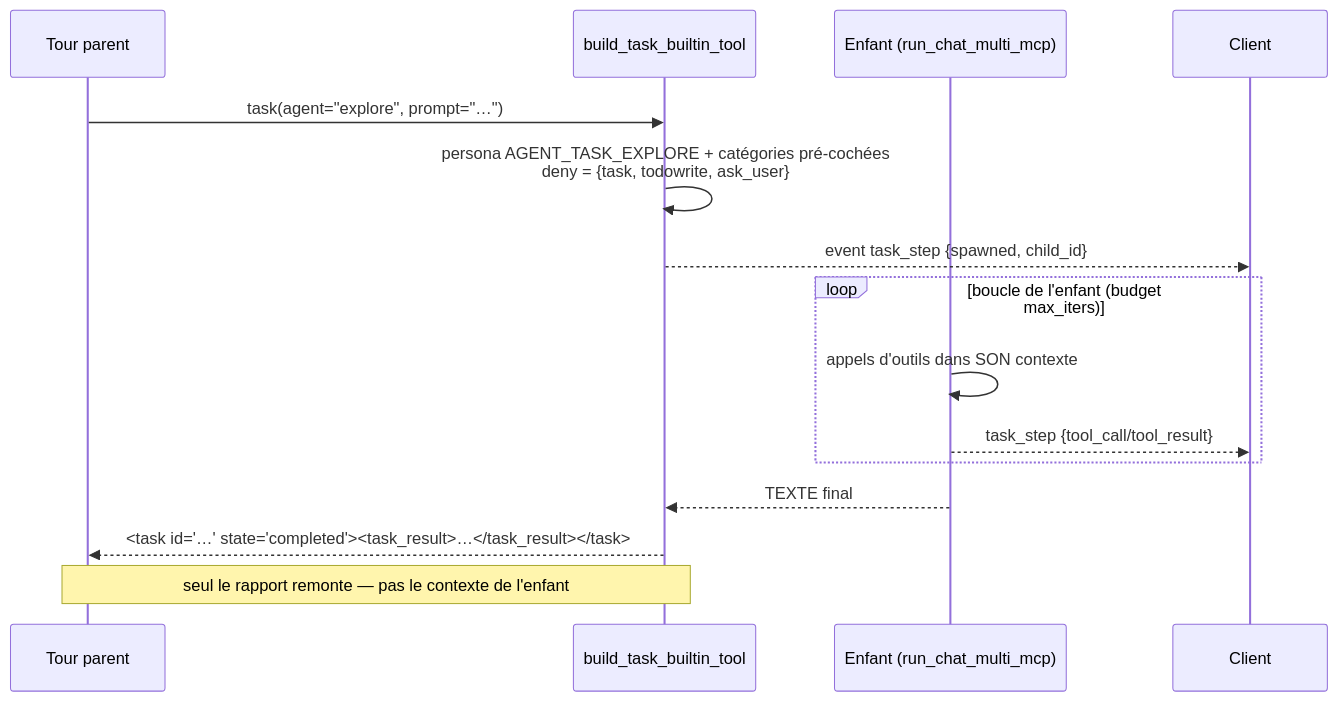
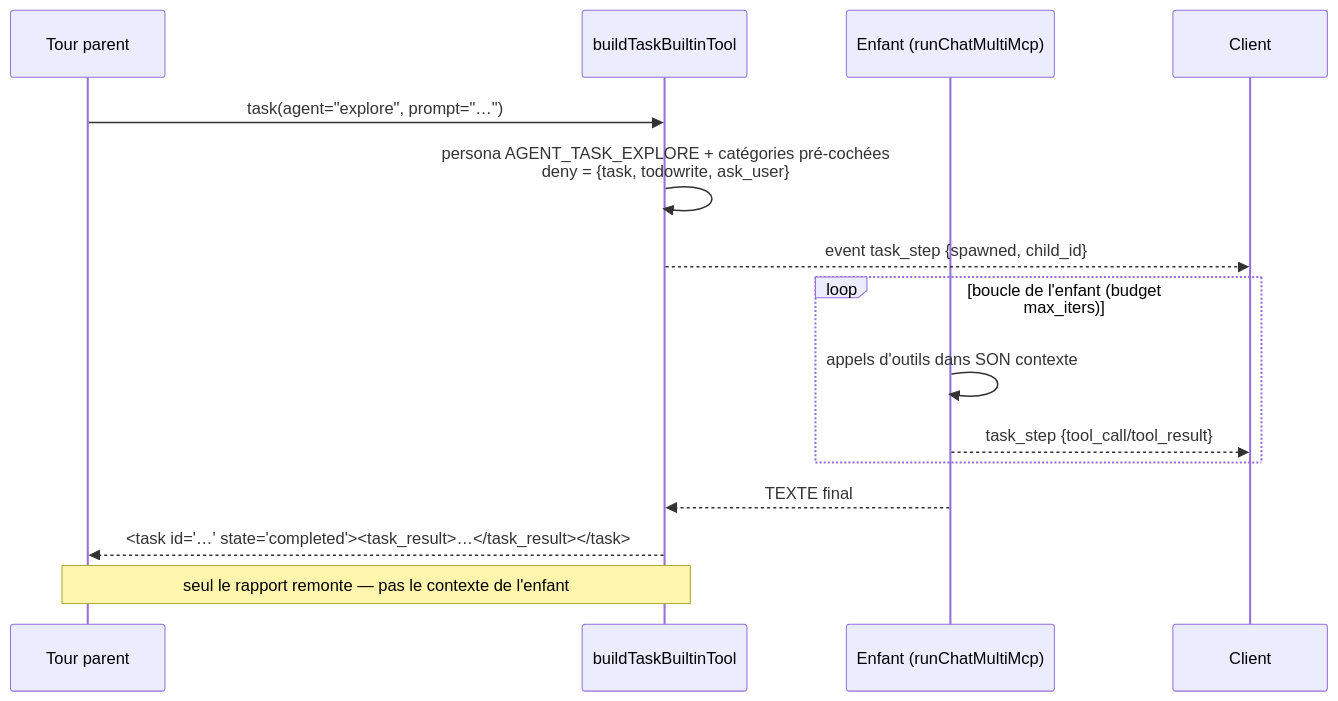
Diagram 12 of 16 in docs/architecture.md (toto-fou/Elpis), drawn with Mermaid before and after one commit. The commit also changed other lines of this file and 2475 other files, not shown here.

````diff
--- a/docs/architecture.md
+++ b/docs/architecture.md
@@ -1159,17 +1271,17 @@
 ```mermaid
 sequenceDiagram
     participant P as Tour parent
-    participant T as build_task_builtin_tool
-    participant E as Enfant (run_chat_multi_mcp)
+    participant T as buildTaskBuiltinTool
+    participant E as Enfant (runChatMultiMcp)
     participant C as Client
     P->>T: task(agent="explore", prompt="…")
     T->>T: persona AGENT_TASK_EXPLORE + catégories pré-cochées<br/>deny = {task, todowrite, ask_user}
     T-->>C: event task_step {spawned, child_id}
     loop boucle de l'enfant (budget max_iters)
         E->>E: appels d'outils dans SON contexte
         E-->>C: task_step {tool_call/tool_result}
     end
     E-->>T: TEXTE final
     T-->>P: <task id="…" state="completed"><task_result>…</task_result></task>
     Note over T,P: seul le rapport remonte — pas le contexte de l'enfant
 ```
````
